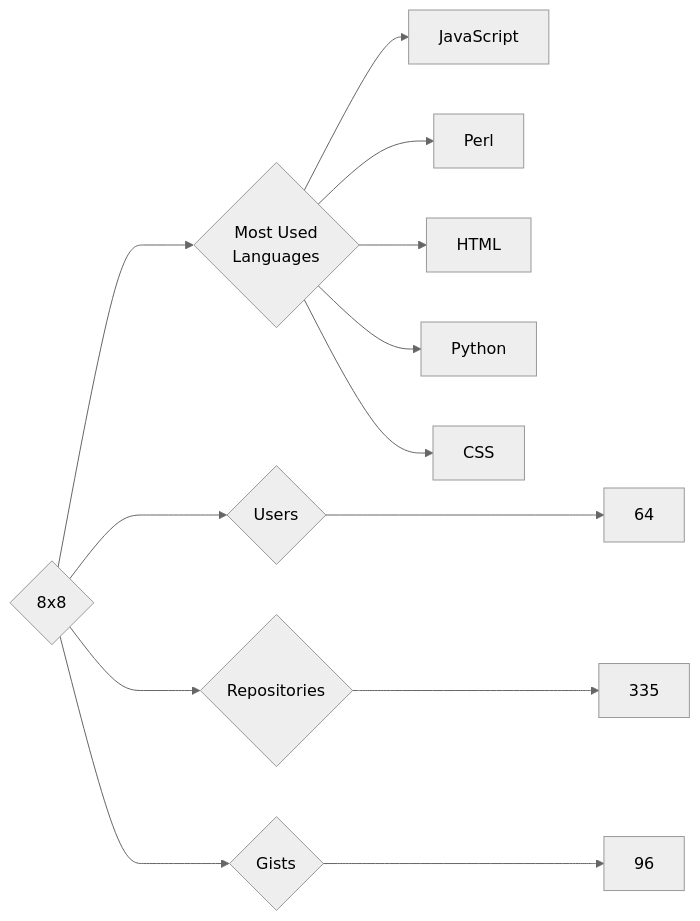
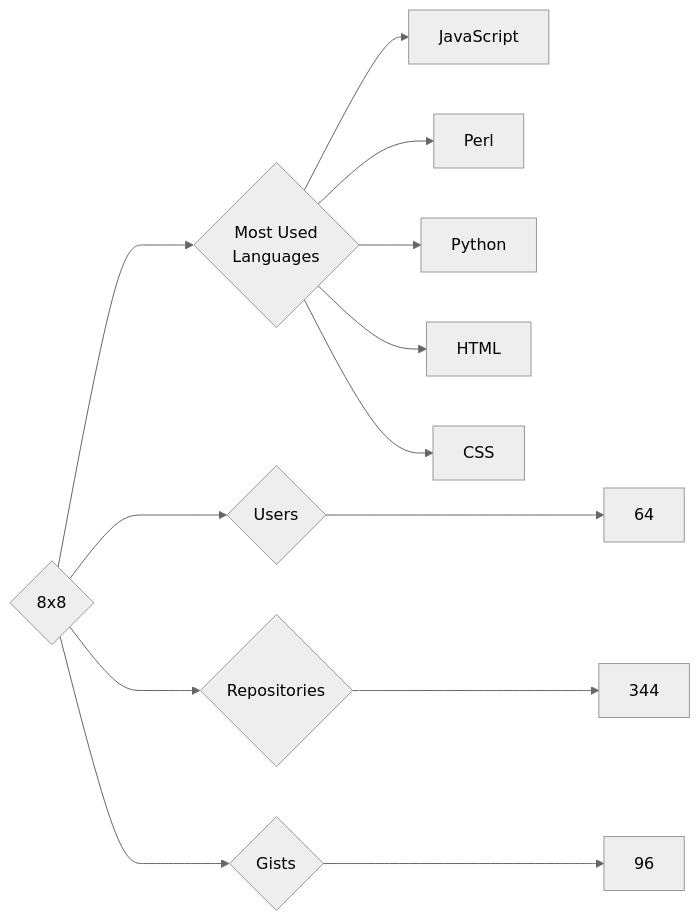
Before and after one commit to trickest/insiders: the diagram in targets/8x8/README.md, drawn with Mermaid (neutral theme). The commit also changed 873 other files, not shown here.

````diff
--- a/targets/8x8/README.md
+++ b/targets/8x8/README.md
@@ -3,13 +3,13 @@
 ```mermaid
 graph LR
 COMPANY_NAME{8x8}
 COMPANY_NAME ---> U{Users} ---> UN[64]
-COMPANY_NAME ---> R{Repositories} ---> RN[335]
+COMPANY_NAME ---> R{Repositories} ---> RN[344]
 COMPANY_NAME ---> G{Gists} ---> GN[96]
 COMPANY_NAME ---> ML{Most Used<br>Languages}
 ML --> JavaScript[JavaScript]
 ML --> Perl[Perl]
+ML --> Python[Python]
 ML --> HTML[HTML]
-ML --> Python[Python]
 ML --> CSS[CSS]
 ```
````
